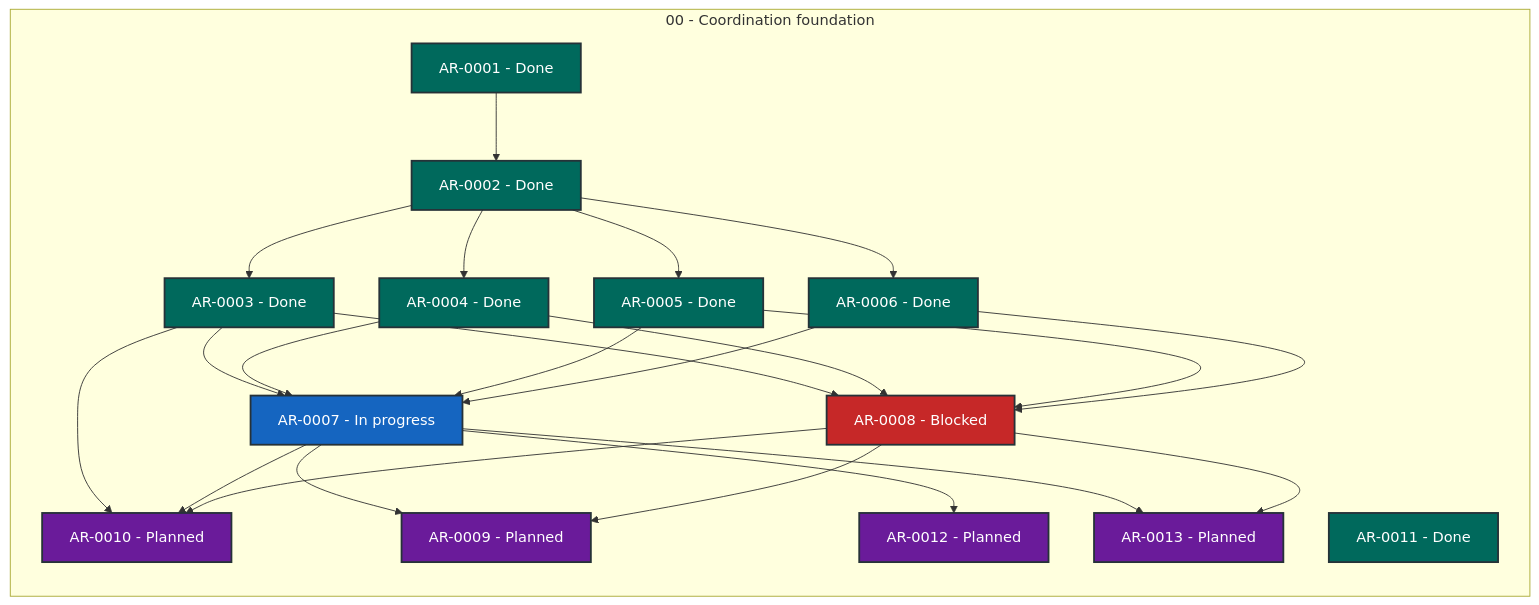
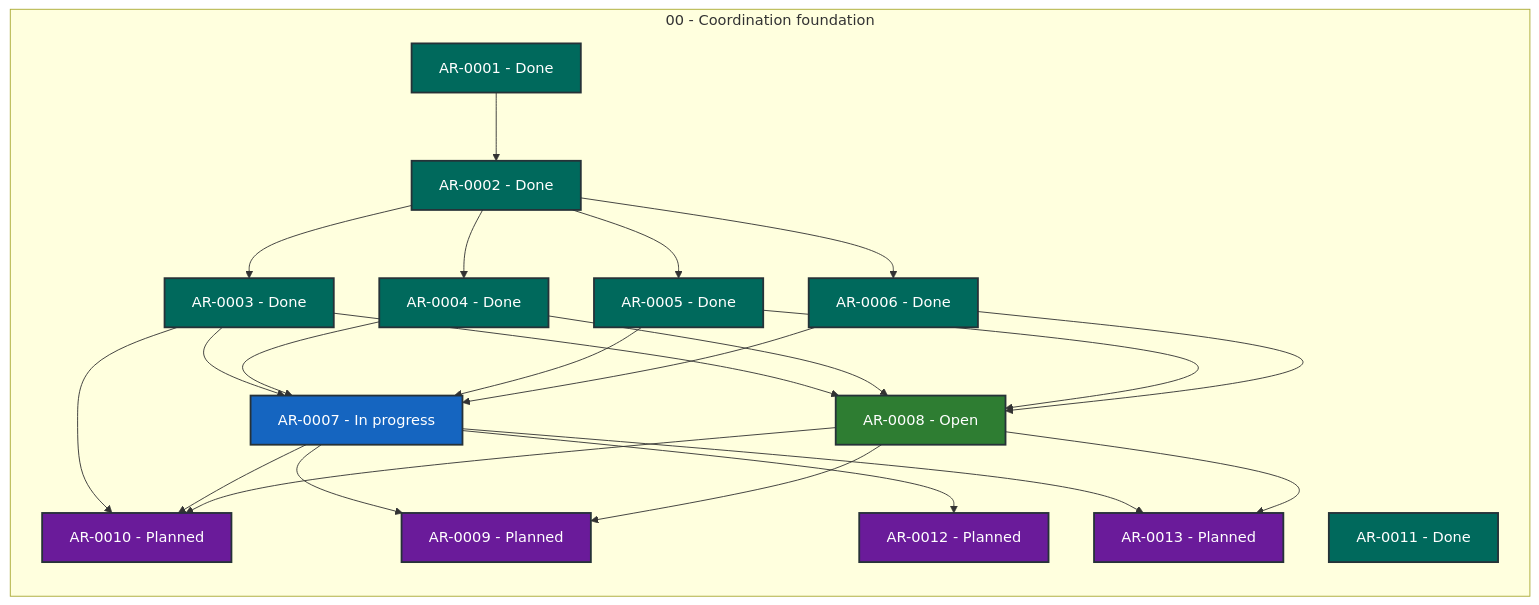
The diagram in STATUS.md (martin-beck/agent-workflow-coordinator-state), drawn with Mermaid before and after one commit. The commit also changed other lines of this file and 2 other files, not shown here.

````diff
--- a/STATUS.md
+++ b/STATUS.md
@@ -27,48 +27,48 @@
 ```mermaid
 flowchart LR
     subgraph series_00["00 - Coordination foundation"]
         direction TB
         AR_0001["AR-0001 - Done"]:::status_done
         AR_0002["AR-0002 - Done"]:::status_done
         AR_0003["AR-0003 - Done"]:::status_done
         AR_0004["AR-0004 - Done"]:::status_done
         AR_0005["AR-0005 - Done"]:::status_done
         AR_0006["AR-0006 - Done"]:::status_done
         AR_0007["AR-0007 - In progress"]:::status_in_progress
-        AR_0008["AR-0008 - Blocked"]:::status_blocked
+        AR_0008["AR-0008 - Open"]:::status_open
         AR_0009["AR-0009 - Planned"]:::status_planned
         AR_0010["AR-0010 - Planned"]:::status_planned
         AR_0011["AR-0011 - Done"]:::status_done
         AR_0012["AR-0012 - Planned"]:::status_planned
         AR_0013["AR-0013 - Planned"]:::status_planned
     end
     AR_0001 --> AR_0002
     AR_0002 --> AR_0003
     AR_0002 --> AR_0004
     AR_0002 --> AR_0005
     AR_0002 --> AR_0006
     AR_0003 --> AR_0007
     AR_0003 --> AR_0008
     AR_0003 --> AR_0010
     AR_0004 --> AR_0007
     AR_0004 --> AR_0008
     AR_0005 --> AR_0007
     AR_0005 --> AR_0008
     AR_0006 --> AR_0007
     AR_0006 --> AR_0008
     AR_0007 --> AR_0009
     AR_0007 --> AR_0010
     AR_0007 --> AR_0012
     AR_0007 --> AR_0013
     AR_0008 --> AR_0009
     AR_0008 --> AR_0010
     AR_0008 --> AR_0013
     classDef status_in_progress fill:#1565c0,color:#ffffff,stroke:#263238,stroke-width:2px
     classDef status_open fill:#2e7d32,color:#ffffff,stroke:#263238,stroke-width:2px
     classDef status_blocked fill:#c62828,color:#ffffff,stroke:#263238,stroke-width:2px
     classDef status_planned fill:#6a1b9a,color:#ffffff,stroke:#263238,stroke-width:2px
     classDef status_future fill:#455a64,color:#ffffff,stroke:#263238,stroke-width:2px
     classDef status_done fill:#00695c,color:#ffffff,stroke:#263238,stroke-width:2px
     classDef status_cancelled fill:#616161,color:#ffffff,stroke:#263238,stroke-width:2px
     classDef status_superseded fill:#5d4037,color:#ffffff,stroke:#263238,stroke-width:2px
 ```
````
